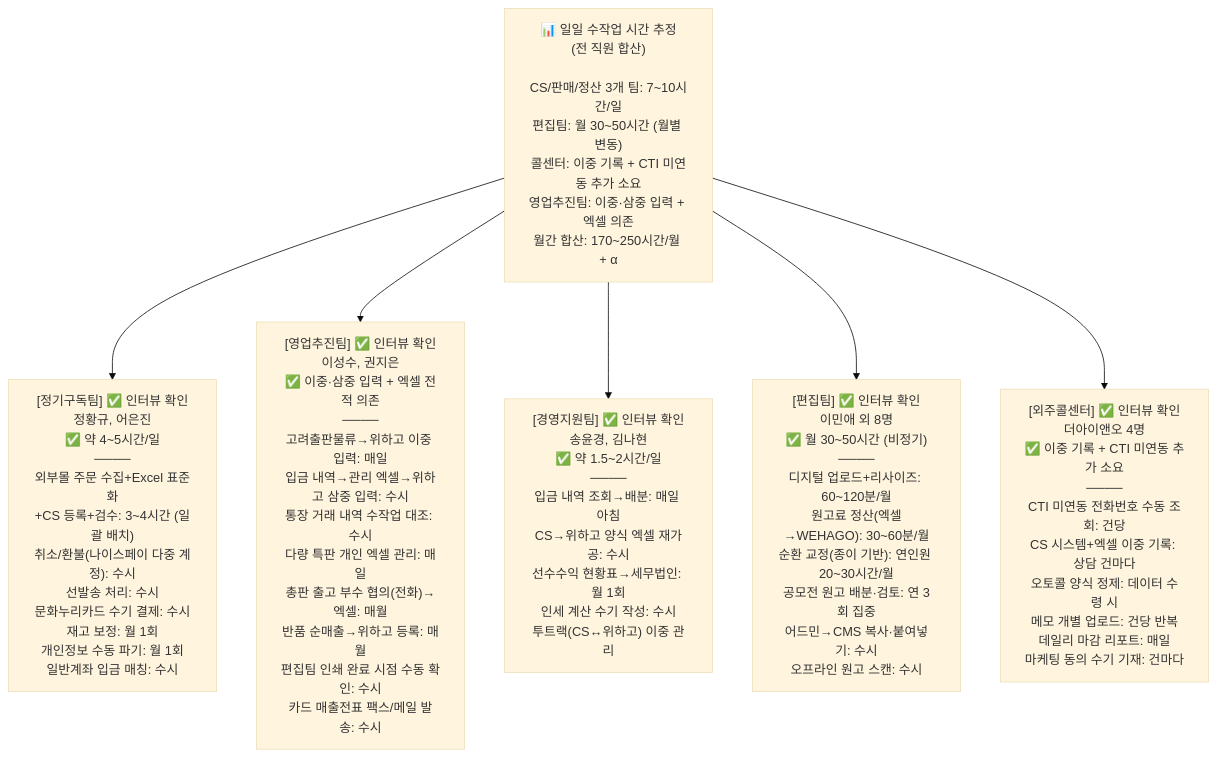
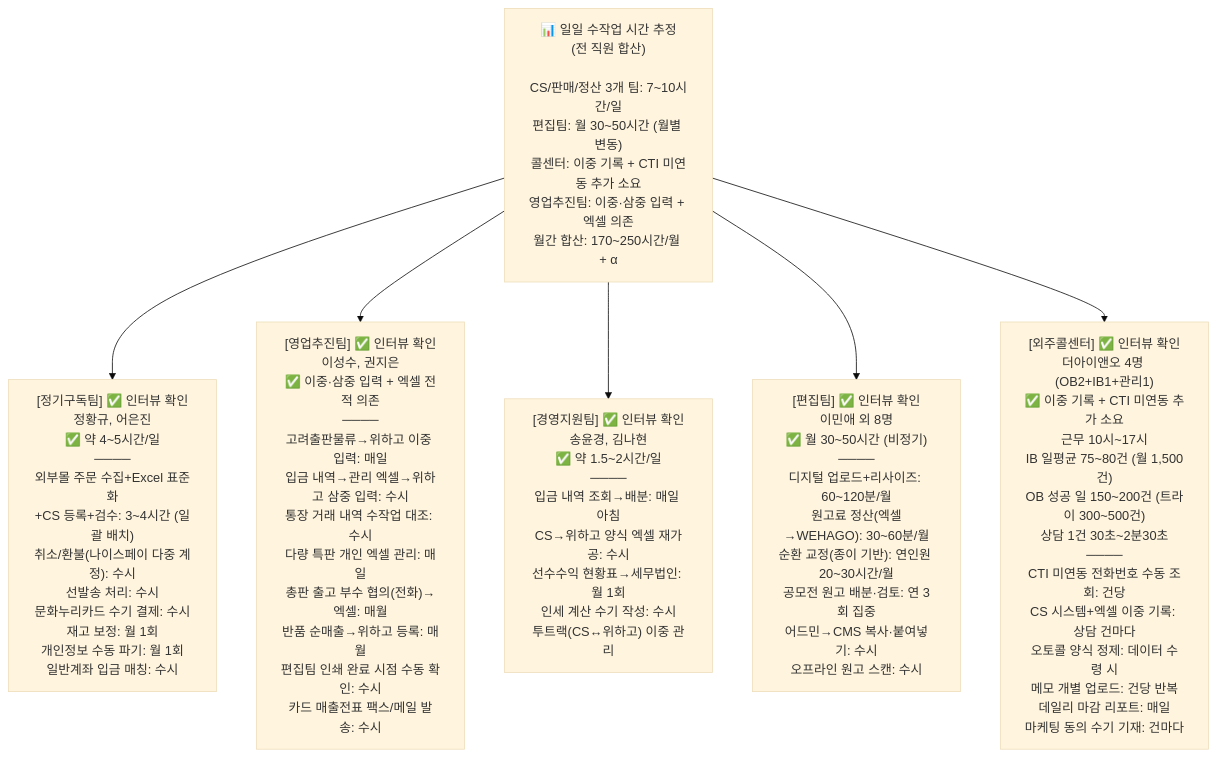
The ninth of 10 diagrams in src/content/docs/goodthinking-isp/02-analysis/business-analysis.md (sknkwoxs/manual-book), drawn with Mermaid (base theme) before and after one commit. The commit also changed other lines of this file and 16 other files, not shown here.

````diff
--- a/src/content/docs/goodthinking-isp/02-analysis/business-analysis.md
+++ b/src/content/docs/goodthinking-isp/02-analysis/business-analysis.md
@@ -335,20 +332,20 @@
 ```mermaid
 graph TD
     root["📊 일일 수작업 시간 추정<br/>(전 직원 합산)<br/><br/>CS/판매/정산 3개 팀: 7~10시간/일<br/>편집팀: 월 30~50시간 (월별 변동)<br/>콜센터: 이중 기록 + CTI 미연동 추가 소요<br/>영업추진팀: 이중·삼중 입력 + 엑셀 의존<br/>월간 합산: 170~250시간/월 + α"]
     
     team1["[정기구독팀] ✅ 인터뷰 확인<br/>정황규, 어은진<br/>✅ 약 4~5시간/일<br/>────<br/>외부몰 주문 수집+Excel 표준화<br/>+CS 등록+검수: 3~4시간 (일괄 배치)<br/>취소/환불(나이스페이 다중 계정): 수시<br/>선발송 처리: 수시<br/>문화누리카드 수기 결제: 수시<br/>재고 보정: 월 1회<br/>개인정보 수동 파기: 월 1회<br/>일반계좌 입금 매칭: 수시"]
     
     team2["[영업추진팀] ✅ 인터뷰 확인<br/>이성수, 권지은<br/>✅ 이중·삼중 입력 + 엑셀 전적 의존<br/>────<br/>고려출판물류→위하고 이중 입력: 매일<br/>입금 내역→관리 엑셀→위하고 삼중 입력: 수시<br/>통장 거래 내역 수작업 대조: 수시<br/>다량 특판 개인 엑셀 관리: 매일<br/>총판 출고 부수 협의(전화)→엑셀: 매월<br/>반품 순매출→위하고 등록: 매월<br/>편집팀 인쇄 완료 시점 수동 확인: 수시<br/>카드 매출전표 팩스/메일 발송: 수시"]
     
     team3["[경영지원팀] ✅ 인터뷰 확인<br/>송윤경, 김나현<br/>✅ 약 1.5~2시간/일<br/>────<br/>입금 내역 조회→배분: 매일 아침<br/>CS→위하고 양식 엑셀 재가공: 수시<br/>선수수익 현황표→세무법인: 월 1회<br/>인세 계산 수기 작성: 수시<br/>투트랙(CS↔위하고) 이중 관리"]
     
     team4["[편집팀] ✅ 인터뷰 확인<br/>이민애 외 8명<br/>✅ 월 30~50시간 (비정기)<br/>────<br/>디지털 업로드+리사이즈: 60~120분/월<br/>원고료 정산(엑셀→WEHAGO): 30~60분/월<br/>순환 교정(종이 기반): 연인원 20~30시간/월<br/>공모전 원고 배분·검토: 연 3회 집중<br/>어드민→CMS 복사·붙여넣기: 수시<br/>오프라인 원고 스캔: 수시"]
     
-    team5["[외주콜센터] ✅ 인터뷰 확인<br/>더아이앤오 4명<br/>✅ 이중 기록 + CTI 미연동 추가 소요<br/>────<br/>CTI 미연동 전화번호 수동 조회: 건당<br/>CS 시스템+엑셀 이중 기록: 상담 건마다<br/>오토콜 양식 정제: 데이터 수령 시<br/>메모 개별 업로드: 건당 반복<br/>데일리 마감 리포트: 매일<br/>마케팅 동의 수기 기재: 건마다"]
+    team5["[외주콜센터] ✅ 인터뷰 확인<br/>더아이앤오 4명 (OB2+IB1+관리1)<br/>✅ 이중 기록 + CTI 미연동 추가 소요<br/>근무 10시~17시<br/>IB 일평균 75~80건 (월 1,500건)<br/>OB 성공 일 150~200건 (트라이 300~500건)<br/>상담 1건 30초~2분30초<br/>────<br/>CTI 미연동 전화번호 수동 조회: 건당<br/>CS 시스템+엑셀 이중 기록: 상담 건마다<br/>오토콜 양식 정제: 데이터 수령 시<br/>메모 개별 업로드: 건당 반복<br/>데일리 마감 리포트: 매일<br/>마케팅 동의 수기 기재: 건마다"]
     
     root --> team1
     root --> team2
     root --> team3
     root --> team4
     root --> team5
 ```
````
